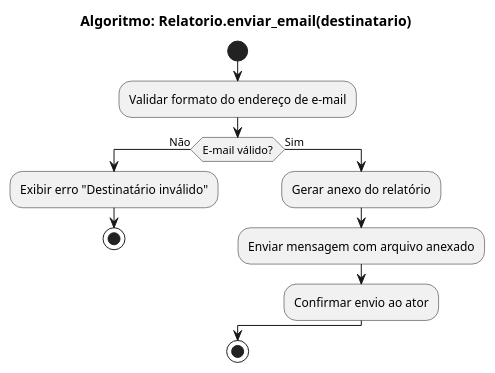
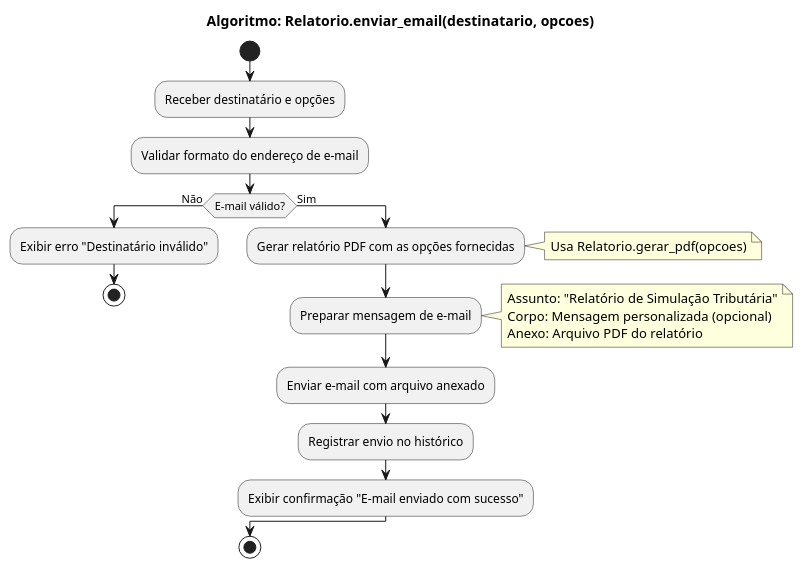
The diagram in specs/diagrams/classes/metodos/relatorio/EnviarEmail.puml (araujofs/sst), drawn with PlantUML before and after one commit. The commit also changed 6 other files, not shown here.

Commit message:
feat: corrige diagramas de gabriel

```diff
--- a/specs/diagrams/classes/metodos/relatorio/EnviarEmail.puml
+++ b/specs/diagrams/classes/metodos/relatorio/EnviarEmail.puml
@@ -1,14 +1,25 @@
 @startuml
-title Algoritmo: Relatorio.enviar_email(destinatario)
+title Algoritmo: Relatorio.enviar_email(destinatario, opcoes)
 start
+:Receber destinatário e opções;
 :Validar formato do endereço de e-mail;
 if (E-mail válido?) then (Não)
     :Exibir erro "Destinatário inválido";
     stop
 else (Sim)
-    :Gerar anexo do relatório;
-    :Enviar mensagem com arquivo anexado;
-    :Confirmar envio ao ator;
+    :Gerar relatório PDF com as opções fornecidas;
+    note right
+      Usa Relatorio.gerar_pdf(opcoes)
+    end note
+    :Preparar mensagem de e-mail;
+    note right
+      Assunto: "Relatório de Simulação Tributária"
+      Corpo: Mensagem personalizada (opcional)
+      Anexo: Arquivo PDF do relatório
+    end note
+    :Enviar e-mail com arquivo anexado;
+    :Registrar envio no histórico;
+    :Exibir confirmação "E-mail enviado com sucesso";
 endif
 stop
 @enduml
```
